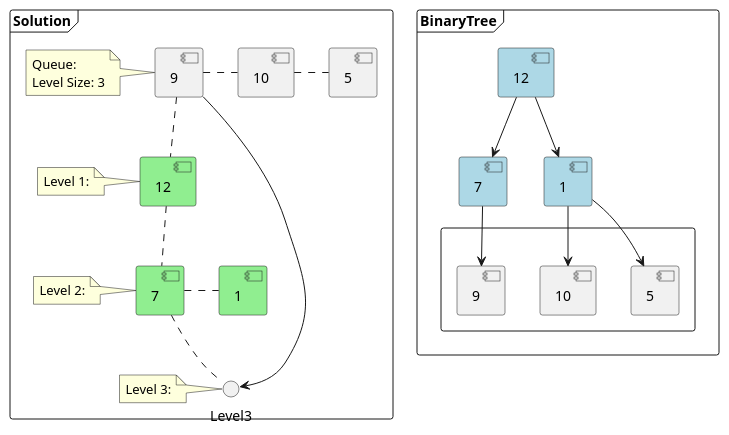
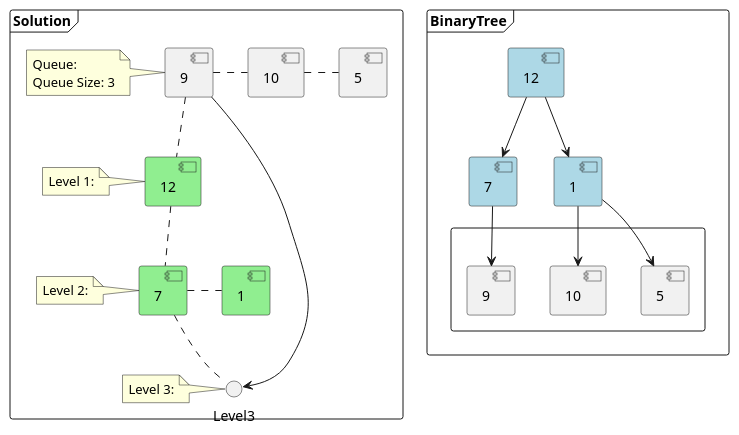
Before and after one commit to manastalukdar/manastalukdar.github.io: the seventh of 8 diagrams in website/blog/2019/08/29/breadth-first-search-binary-tree-level-order-traversal/readme.md, drawn with PlantUML. The commit also changed other lines of this file and 2 other files, not shown here.

````diff
--- a/website/blog/2019/08/29/breadth-first-search-binary-tree-level-order-traversal/readme.md
+++ b/website/blog/2019/08/29/breadth-first-search-binary-tree-level-order-traversal/readme.md
@@ -299,60 +299,60 @@
 ```plantuml
 @startuml
 frame "Solution" {
     component 9_1 [
         9
     ]
     component 10_1 [
         10
     ]
     component 5_1 [
         5
     ]
     note left of 9_1
     Queue:
-    Level Size: 3
+    Queue Size: 3
     end note
     9_1 . 10_1
     10_1 . 5_1
     component 12_2 #lightgreen [
         12
     ]
     component 7_2 #lightgreen [
         7
     ]
     component 1_2 #lightgreen [
         1
     ]
     note left of 12_2
     Level 1:
     end note
     7_2 . 1_2
     9_1 .. 12_2
     12_2 .. 7_2
     7_2 .. () Level3
     9_1 --> () Level3
     note left of 7_2
     Level 2:
     end note
     note left of () Level3
     Level 3:
     end note
 }
 
 frame "BinaryTree" {
     [12] --> [7]
     [12] --> [1]
     rectangle " " {
         component [9]
         component [10]
         component [5]
     }
     [7] --> [9]
     [1] --> [10]
     [1] --> [5]
     component [12] #lightblue
     component [7] #lightblue
     component [1] #lightblue
 }
 @enduml
 ```
````
